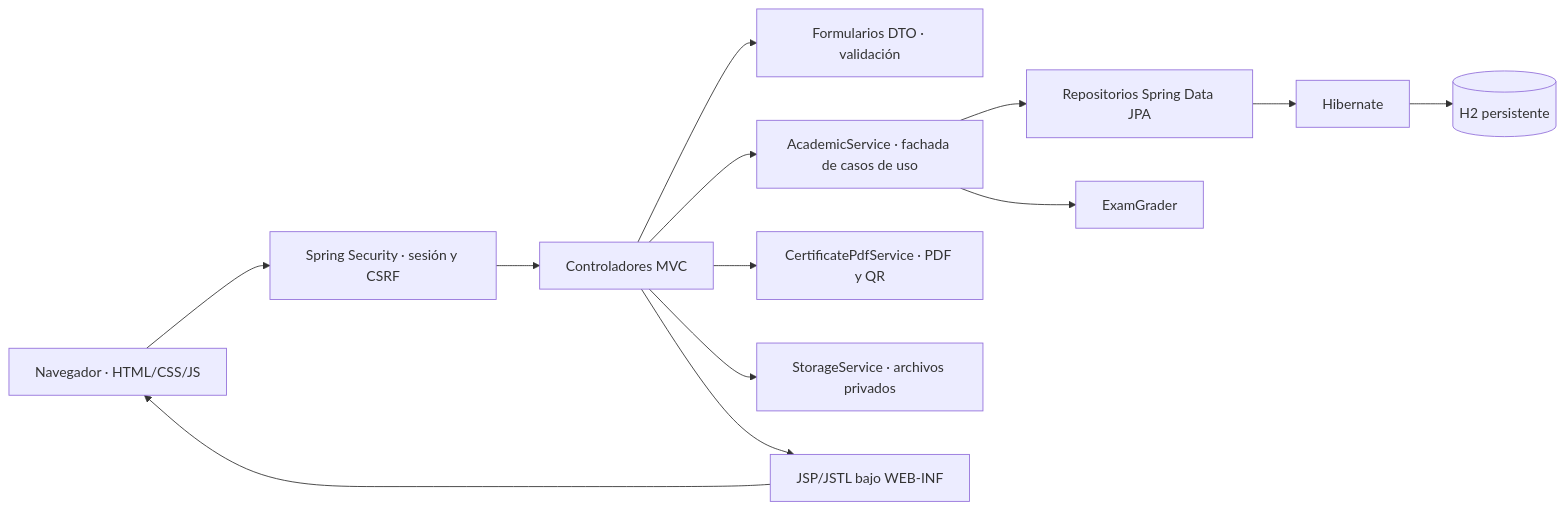
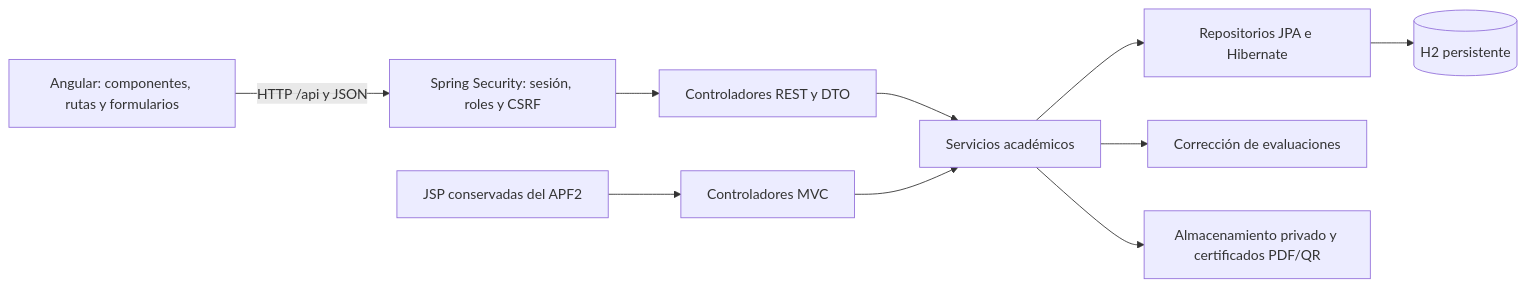
Before and after one commit to wsucari/utp_desarrollo_web_integrado: the diagram in docs/ARQUITECTURA.md, drawn with Mermaid. The commit also changed other lines of this file and 72 other files, not shown here.

Commit message:
feat: integrar Angular y API REST para la gestion academica

````diff
--- a/docs/ARQUITECTURA.md
+++ b/docs/ARQUITECTURA.md
@@ -7,15 +7,12 @@
 ```mermaid
 flowchart LR
- N[Navegador · HTML/CSS/JS] --> S[Spring Security · sesión y CSRF]
- S --> C[Controladores MVC]
- C --> F[Formularios DTO · validación]
- C --> A[AcademicService · fachada de casos de uso]
- A --> R[Repositorios Spring Data JPA]
- R --> H[Hibernate]
- H --> B[(H2 persistente)]
- A --> G[ExamGrader]
- C --> P[CertificatePdfService · PDF y QR]
- C --> U[StorageService · archivos privados]
- C --> V[JSP/JSTL bajo WEB-INF]
- V --> N
+ A[Angular: componentes, rutas y formularios] -->|HTTP /api y JSON| S[Spring Security: sesión, roles y CSRF]
+ S --> C[Controladores REST y DTO]
+ C --> B[Servicios académicos]
+ B --> R[Repositorios JPA e Hibernate]
+ R --> D[(H2 persistente)]
+ B --> E[Corrección de evaluaciones]
+ B --> F[Almacenamiento privado y certificados PDF/QR]
+ J[JSP conservadas del APF2] --> M[Controladores MVC]
+ M --> B
 ```
````
